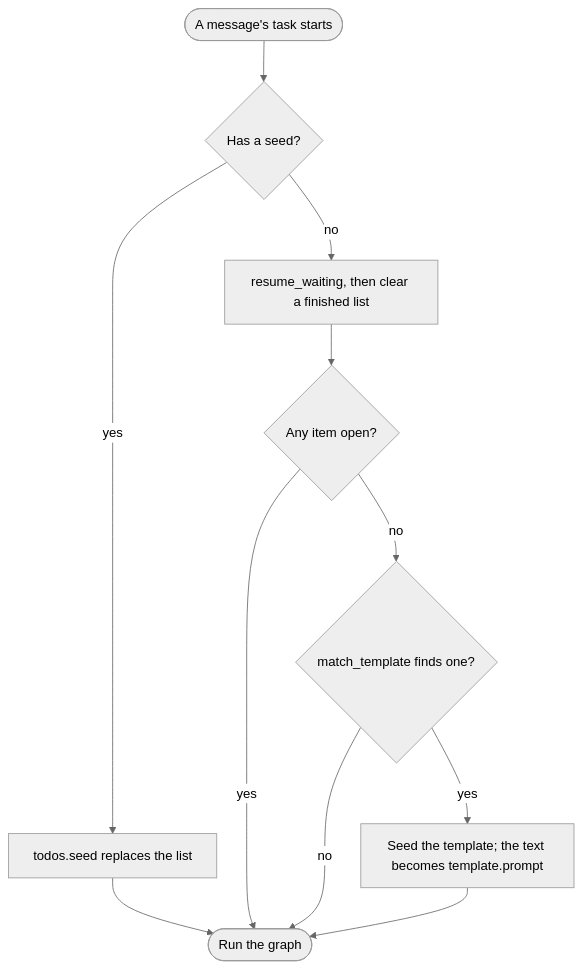
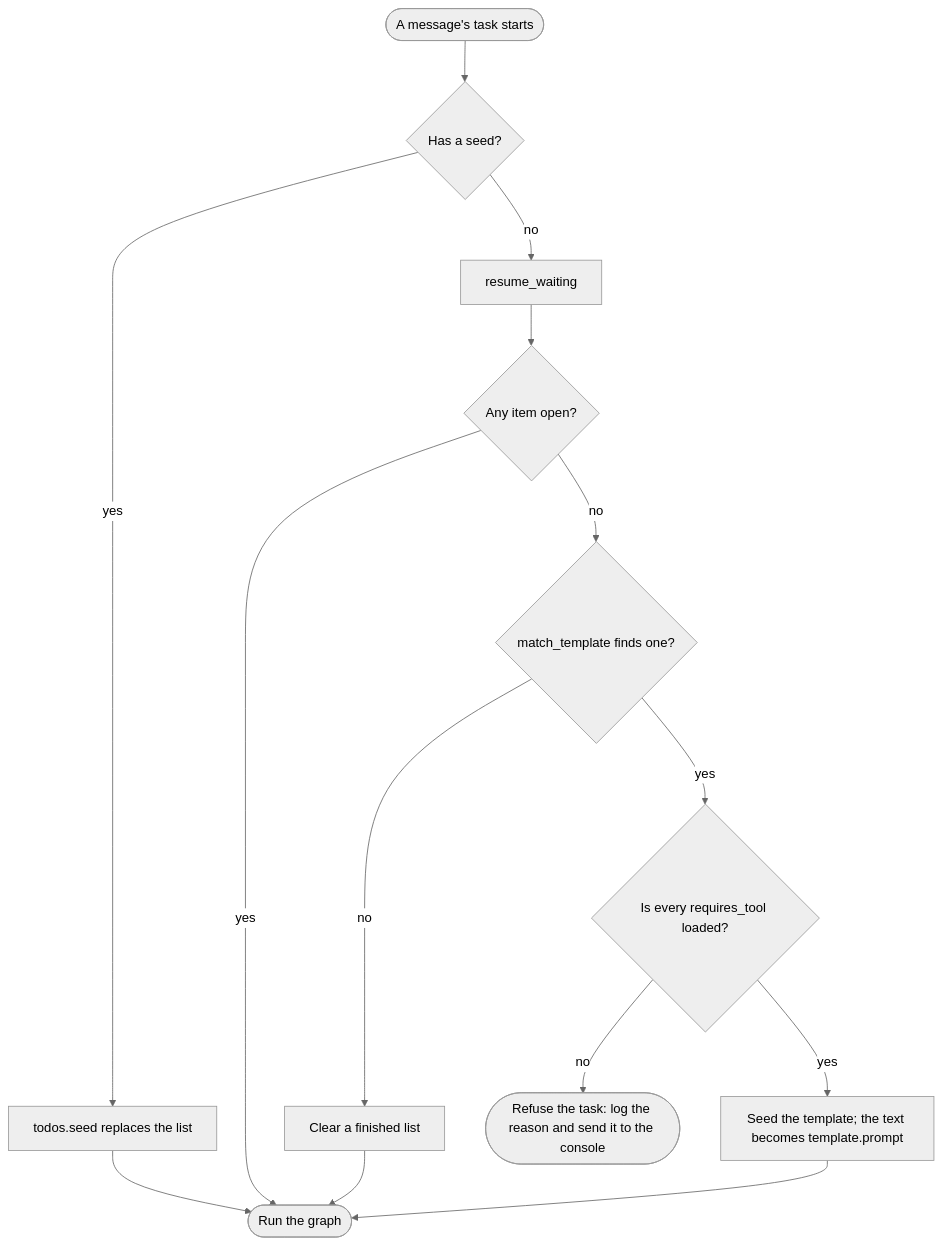
One commit to EIC-Robocup-2026/walkie-agent-ros changed the diagram in docs/learn/seeding.md. Above: the diagram before and after it, drawn with Mermaid (neutral theme). The commit also changed other lines of this file and 21 other files, not shown here.

First line of the commit message:
feat: add the hri robot run recipe and refuse seeds whose tool is not loaded

````diff
--- a/docs/learn/seeding.md
+++ b/docs/learn/seeding.md
@@ -64,11 +64,13 @@
 ```mermaid
 flowchart TD
     start([A message's task starts]) --> seeded{Has a seed?}
     seeded -- yes --> seed[todos.seed replaces the list] --> run([Run the graph])
-    seeded -- no --> resume[resume_waiting, then clear a finished list]
+    seeded -- no --> resume[resume_waiting]
     resume --> open{Any item open?}
     open -- yes --> run
     open -- no --> match{match_template finds one?}
-    match -- no --> run
-    match -- yes --> tseed[Seed the template; the text becomes template.prompt] --> run
+    match -- no --> clear[Clear a finished list] --> run
+    match -- yes --> tools{Is every requires_tool loaded?}
+    tools -- no --> refuse([Refuse the task: log the reason and send it to the console])
+    tools -- yes --> tseed[Seed the template; the text becomes template.prompt] --> run
 ```
````
